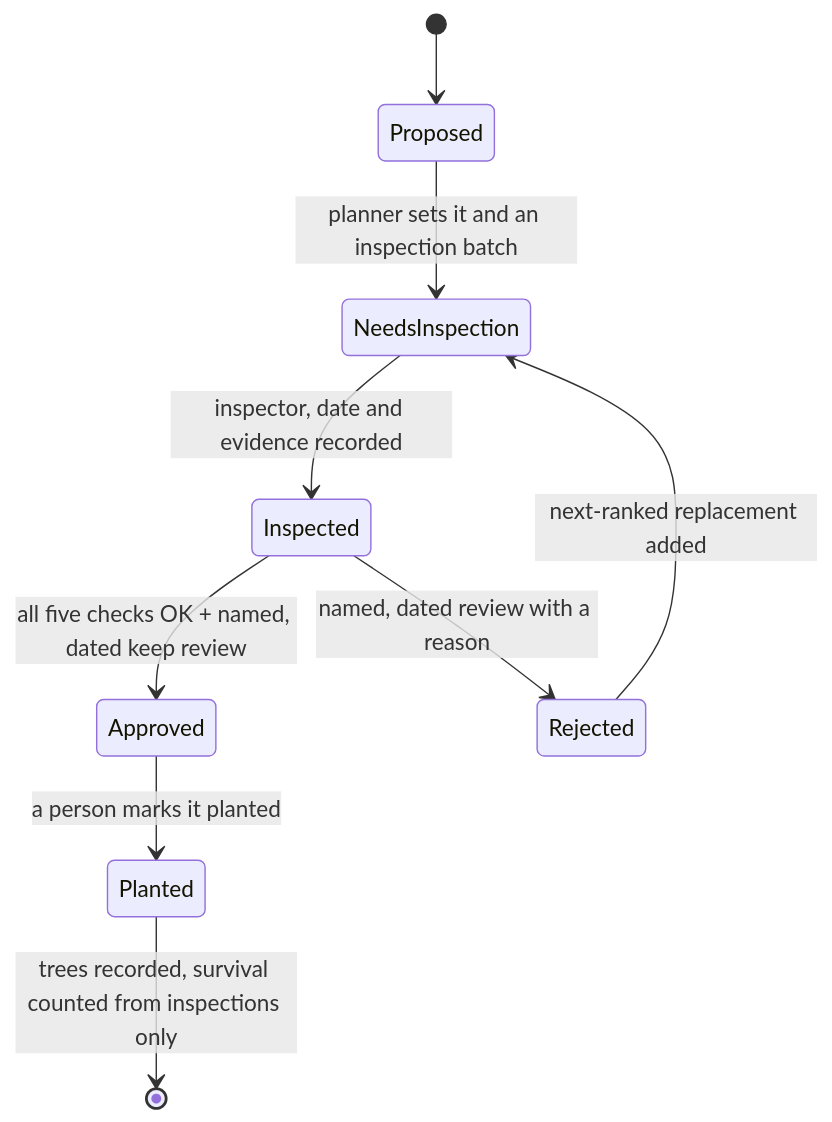
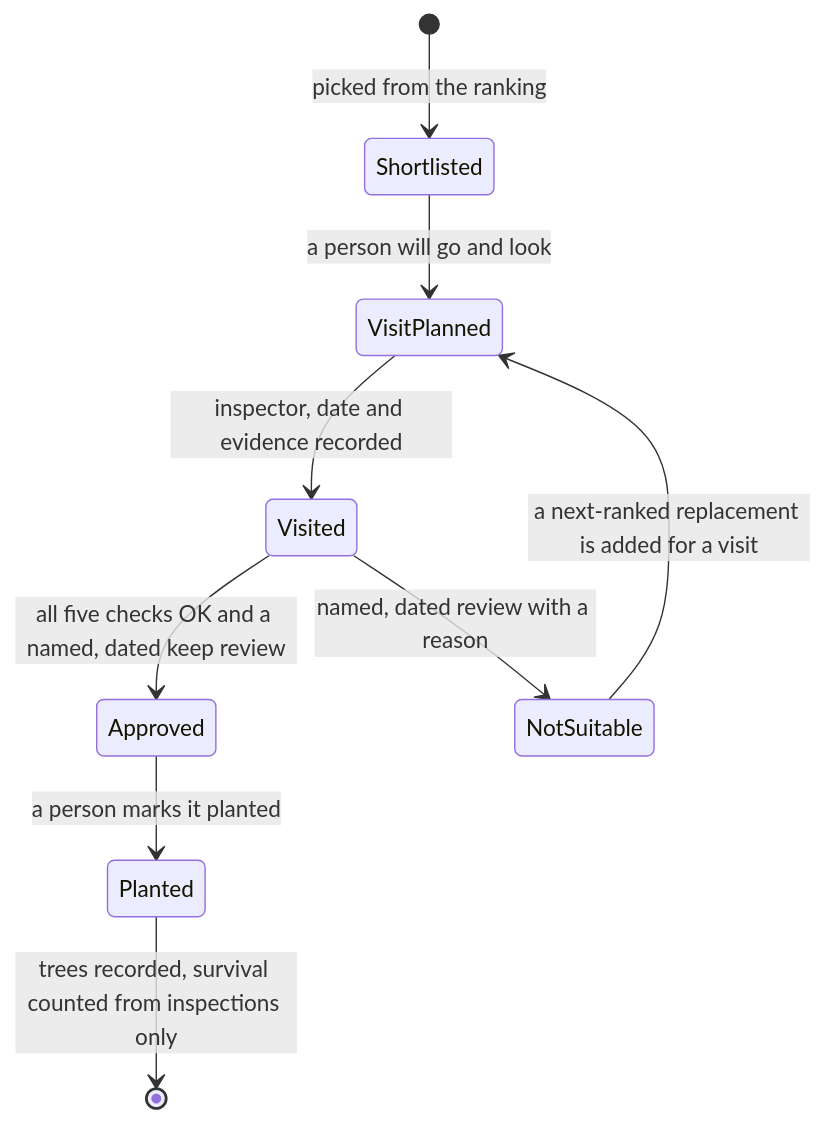
The second of 4 diagrams in README.md (mpip0505/simedarbyhackathon), drawn with Mermaid before and after one commit. The commit also changed other lines of this file and 19 other files, not shown here.

First line of the commit message:
Revamp the README and add docs/architecture.md for the Canopia redesign

````diff
--- a/README.md
+++ b/README.md
@@ -76,11 +93,11 @@
 ```mermaid
 stateDiagram-v2
-  [*] --> Proposed
-  Proposed --> NeedsInspection: planner sets it and an inspection batch
-  NeedsInspection --> Inspected: inspector, date and evidence recorded
-  Inspected --> Approved: all five checks OK + named, dated keep review
-  Inspected --> Rejected: named, dated review with a reason
-  Rejected --> NeedsInspection: next-ranked replacement added
+  [*] --> Shortlisted: picked from the ranking
+  Shortlisted --> VisitPlanned: a person will go and look
+  VisitPlanned --> Visited: inspector, date and evidence recorded
+  Visited --> Approved: all five checks OK and a named, dated keep review
+  Visited --> NotSuitable: named, dated review with a reason
+  NotSuitable --> VisitPlanned: a next-ranked replacement is added for a visit
   Approved --> Planted: a person marks it planted
   Planted --> [*]: trees recorded, survival counted from inspections only
 ```
````
